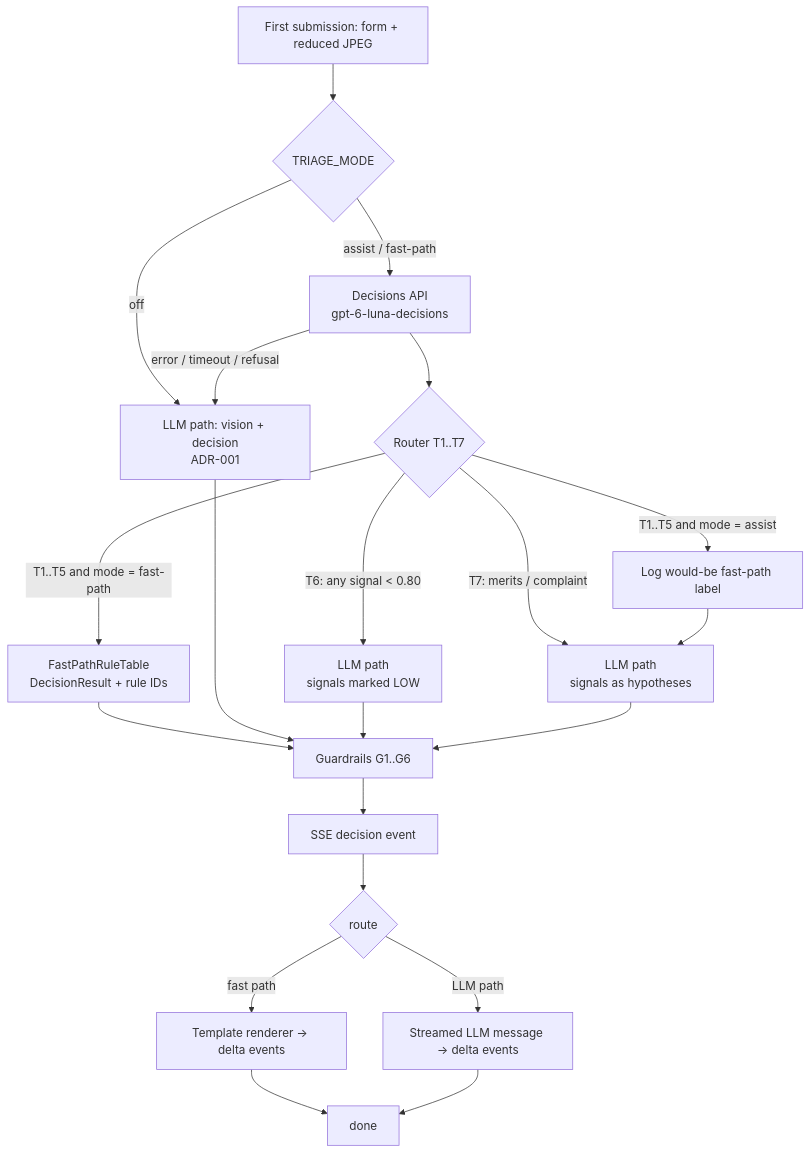
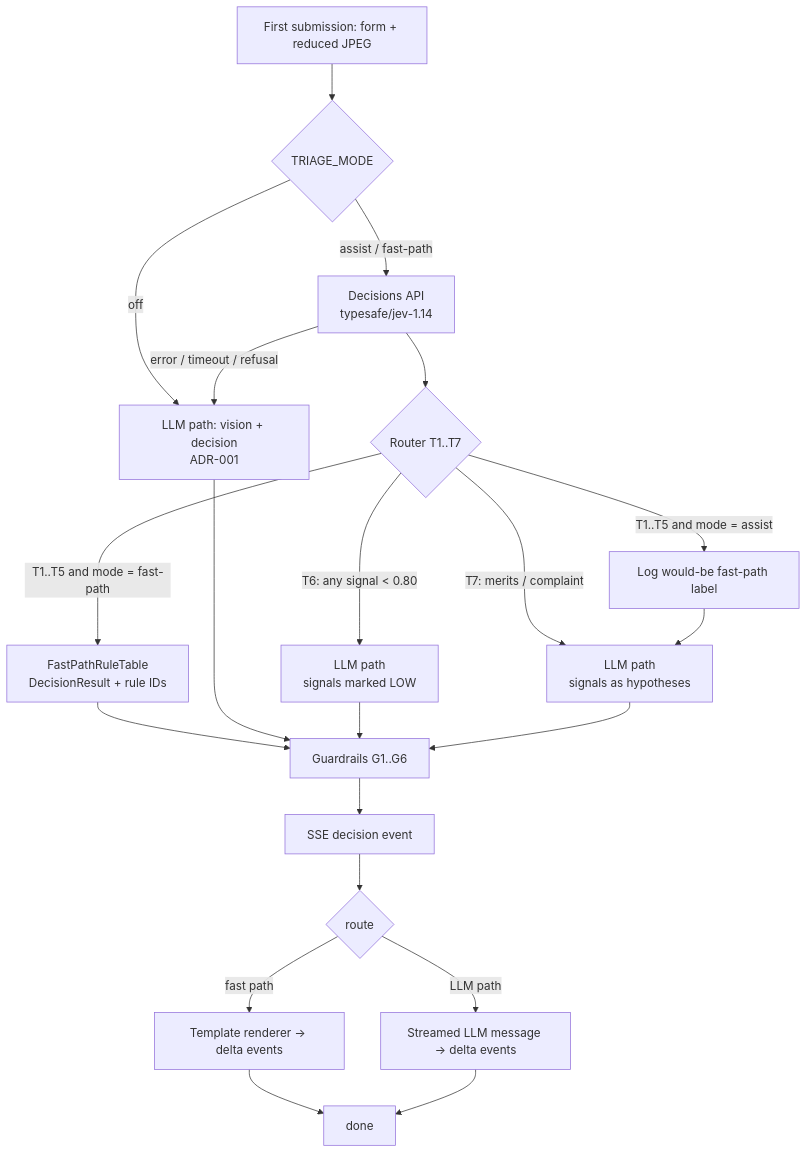
The first of 3 diagrams in docs/ADR/004-triage-decisions-model.md (crimson-lake/jsystems-ai-programming-2026-11), drawn with Mermaid before and after one commit. The commit also changed other lines of this file and 27 other files, not shown here.

````diff
--- a/docs/ADR/004-triage-decisions-model.md
+++ b/docs/ADR/004-triage-decisions-model.md
@@ -274,22 +286,22 @@
 ```mermaid
 flowchart TD
   A[First submission: form + reduced JPEG] --> M{TRIAGE_MODE}
   M -- off --> L[LLM path: vision + decision<br/>ADR-001]
-  M -- assist / fast-path --> T[Decisions API<br/>gpt-6-luna-decisions]
+  M -- assist / fast-path --> T[Decisions API<br/>typesafe/jev-1.14]
   T -->|error / timeout / refusal| L
   T --> R{Router T1..T7}
   R -- "T6: any signal < 0.80" --> L2[LLM path<br/>signals marked LOW]
   R -- "T7: merits / complaint" --> L3[LLM path<br/>signals as hypotheses]
   R -- "T1..T5 and mode = fast-path" --> F[FastPathRuleTable<br/>DecisionResult + rule IDs]
   R -- "T1..T5 and mode = assist" --> S[Log would-be fast-path label] --> L3
   F --> G[Guardrails G1..G6]
   L --> G
   L2 --> G
   L3 --> G
   G --> D[SSE decision event]
   D --> W{route}
   W -- fast path --> TM[Template renderer → delta events]
   W -- LLM path --> ST[Streamed LLM message → delta events]
   TM --> Z[done]
   ST --> Z
 ```
````
